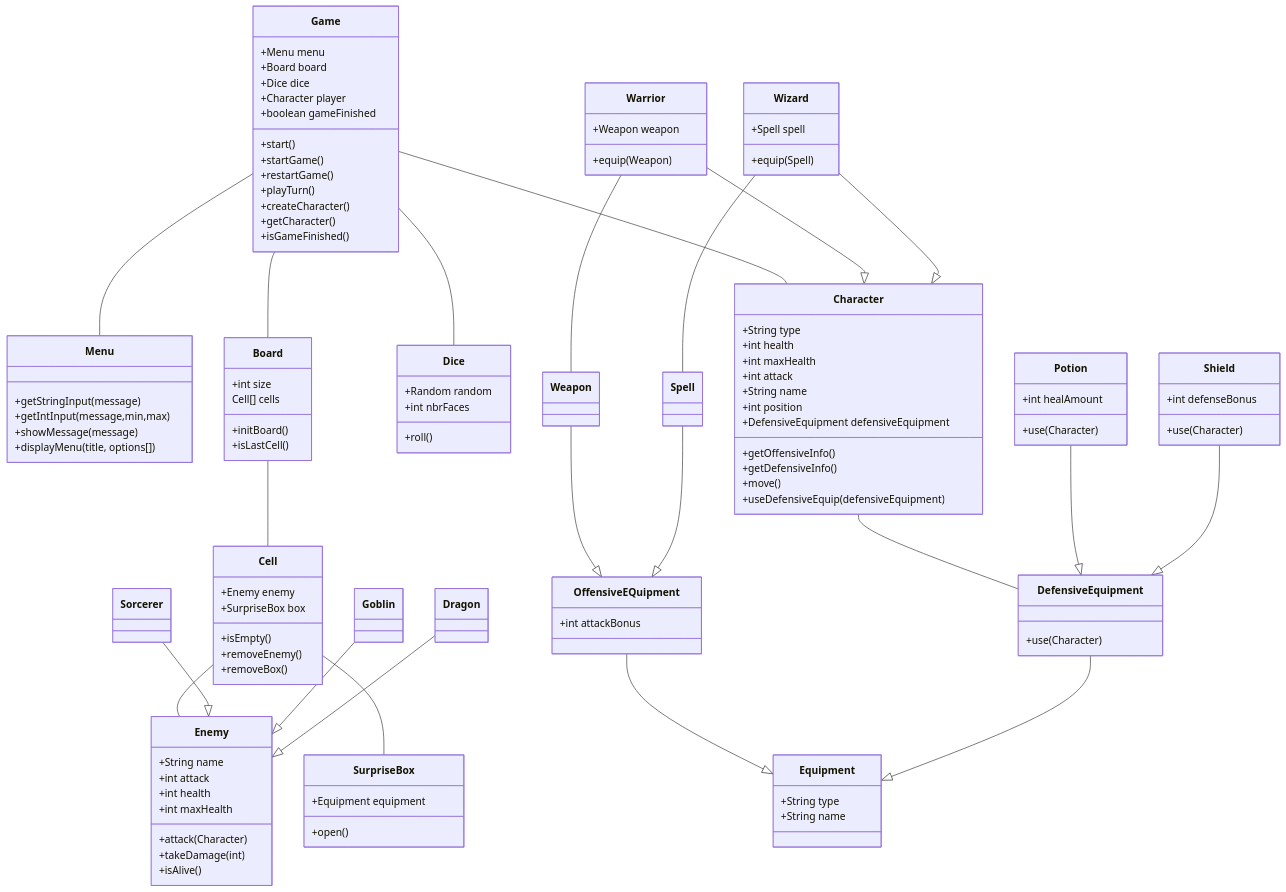
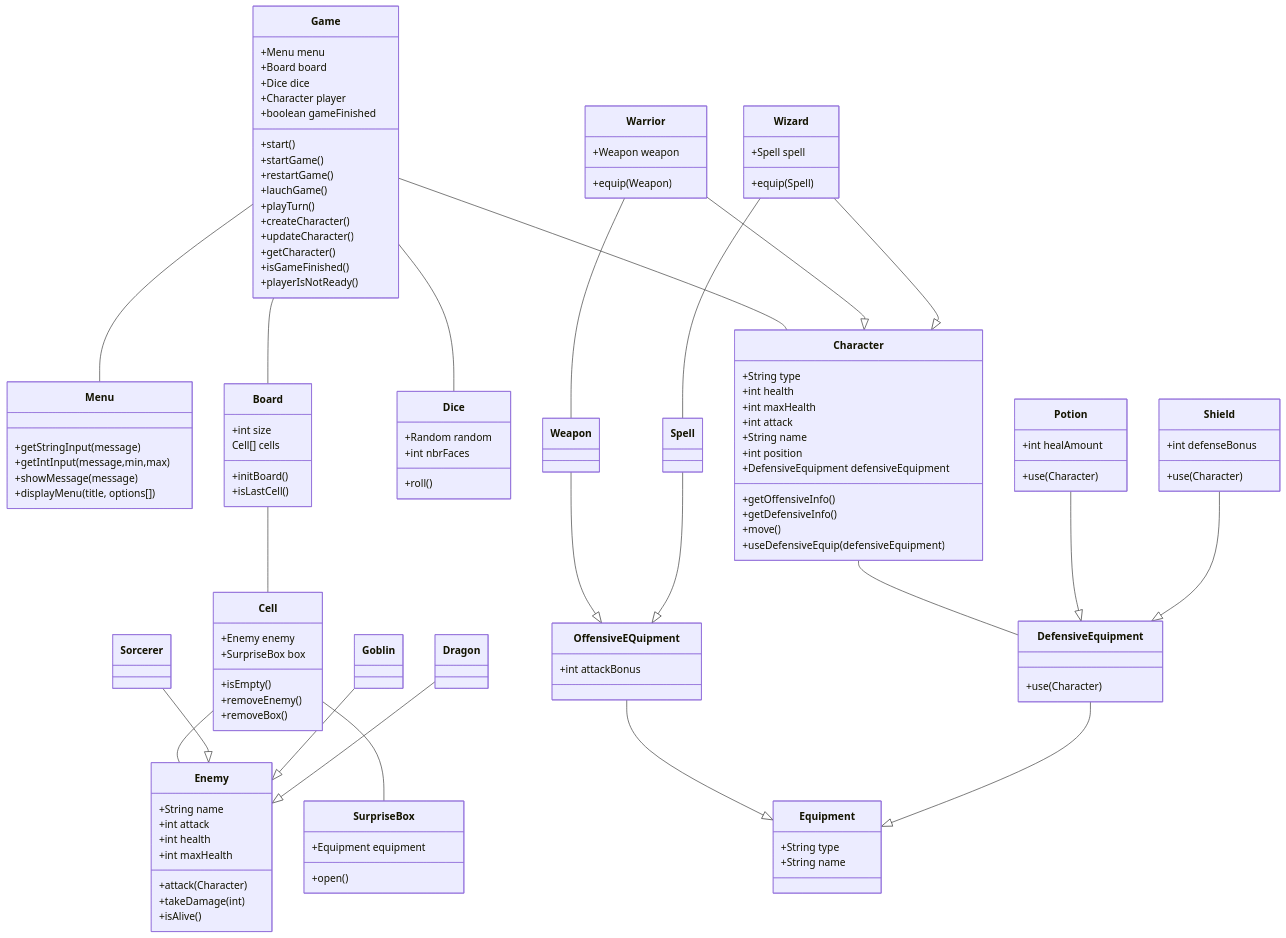
The diagram in README.md (CorentinFERRY/DnDGame), drawn with Mermaid before and after one commit. The commit also changed 1 other file, not shown here.

Commit message:
feat : add update Character on Game

```diff
--- a/README.md
+++ b/README.md
@@ -121,10 +121,13 @@
 	    +start()
 	    +startGame()
 	    +restartGame()
+	    +lauchGame()
 	    +playTurn()
 	    +createCharacter()
+	    +updateCharacter()
 	    +getCharacter()
 	    +isGameFinished()
+	    +playerIsNotReady()
     }
 
     class Board {
```
